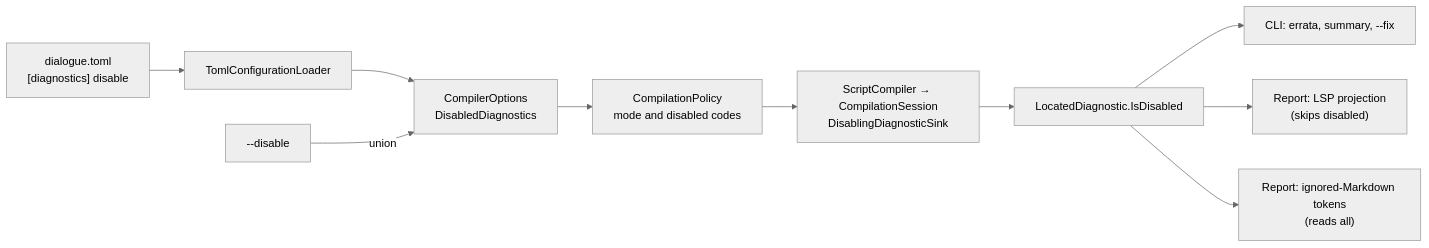
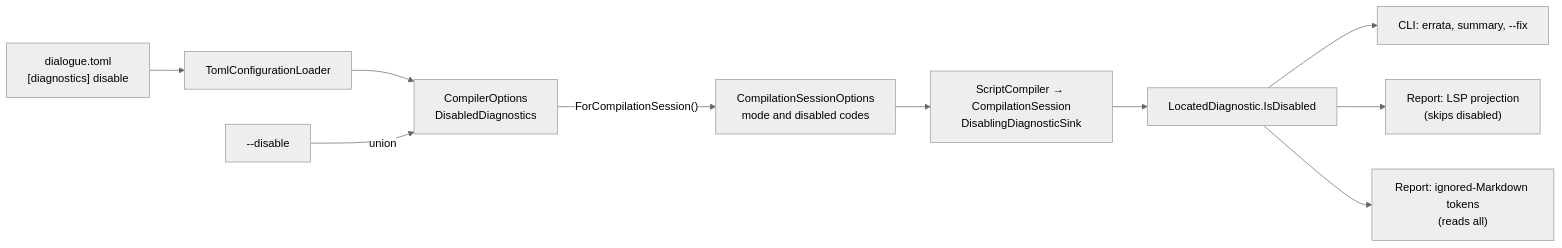
One commit to pengzhengyi/dialoguedown changed the diagram in docs/contributing/design-notes/diagnostics/Disabled Diagnostics.md. Above: the diagram before and after it, drawn with Mermaid (neutral theme). The commit also changed other lines of this file and 2 other files, not shown here.

First line of the commit message:
docs(design-notes): describe the disabled-code check and session options

````diff
--- a/docs/contributing/design-notes/diagnostics/Disabled Diagnostics.md
+++ b/docs/contributing/design-notes/diagnostics/Disabled Diagnostics.md
@@ -89,12 +89,12 @@
 ```mermaid
 flowchart LR
     T["dialogue.toml<br/>[diagnostics] disable"] --> L["TomlConfigurationLoader"]
     L --> O["CompilerOptions<br/>DisabledDiagnostics"]
     A["--disable"] -->|"union"| O
-    O --> C["CompilationPolicy<br/>mode and disabled codes"]
+    O -->|"ForCompilationSession()"| C["CompilationSessionOptions<br/>mode and disabled codes"]
     C --> S["ScriptCompiler → CompilationSession<br/>DisablingDiagnosticSink"]
     S --> R["LocatedDiagnostic.IsDisabled"]
     R --> E["CLI: errata, summary, --fix"]
     R --> P["Report: LSP projection<br/>(skips disabled)"]
     R --> K["Report: ignored-Markdown tokens<br/>(reads all)"]
 ```
````
